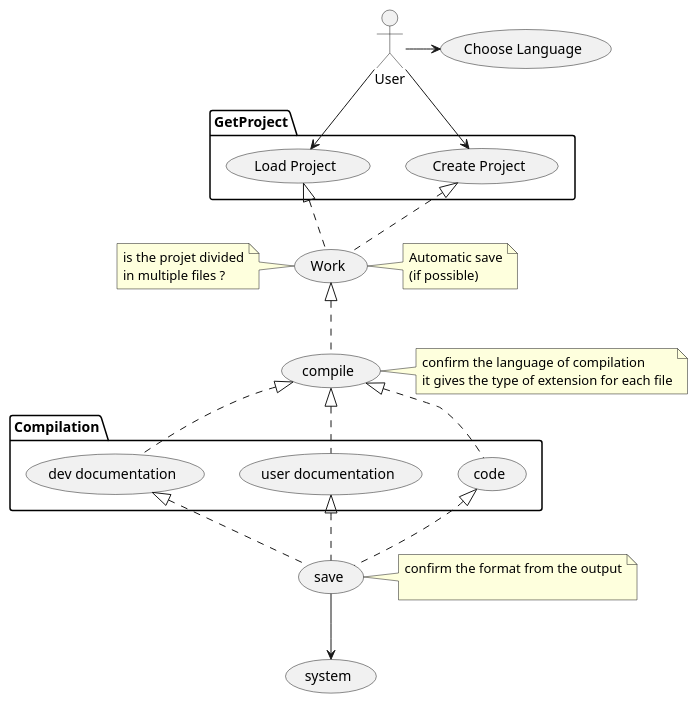
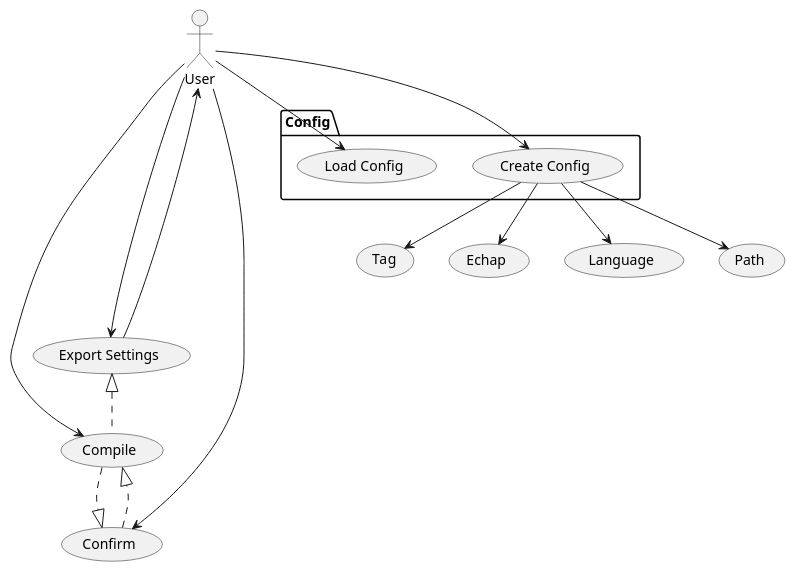
One commit to DWWM-AFPA/LPCC changed the diagram in docs/UseCase.puml. Above: the diagram before and after it, drawn with PlantUML. The commit also changed 35 other files, not shown here.

Commit message:
plantuml,dossier de conception, début diagramme de sequence

```diff
--- a/docs/UseCase.puml
+++ b/docs/UseCase.puml
@@ -1,56 +1,29 @@
 @startuml
 'https://plantuml.com/use-case-diagram
-package GetProject{
-(Create Project) as (Create)
-(Load Project) as (Load)
+package Config{
+(Create Config) as (cconfig)
+(Load Config) as (lconfig)
 }
-(Choose Language) as (Choose)
+(Compile) as (comp)
+
+:User: --> (cconfig)
+:User: --> (lconfig)
+:User: --> (comp)
+
+(cconfig) --> (Echap)
+(cconfig) --> (Language)
+(cconfig) --> (Path)
+(cconfig) --> (Tag)
+
+(comp) ..|> (Confirm)
+:User: -d-> (Confirm)
+(Confirm) ..|> (comp)
+
+(Export Settings) as (exp)
+(exp)<|..(comp)
+(exp)---->:User:
+:User:---->(exp)
 
 
-:User: --> (Create)
-:User: --> (Load)
-:User: -> (Choose)
-(Create) <|.. (Work)
-(Load) <|.. (Work)
-note right of (Work)
-Automatic save
-(if possible)
-end note
-note left of (Work)
-is the projet divided
-in multiple files ?
-end note
 
- (Work) <|.- (compile)
- note right of (compile)
- confirm the language of compilation
- it gives the type of extension for each file
- end note
-
-package Compilation{
-(compile) <|.. (code)
-(compile) <|.. (user documentation)
-(compile) <|.. (dev documentation)
-}
-(Work)
-
-(code) <|.. (save)
-(user documentation) <|.. (save)
-(dev documentation) <|.. (save)
- note right of (save)
- confirm the format from the output
-
- end note
-
-(save) --> (system)
-
-
-/'note right of (Use)
-A note can also
-be on several lines
-end note
-
-note "This note is connected\nto several objects." as N2
-(Start) .. N2
-N2 .. (Use)'/
 @enduml
```
